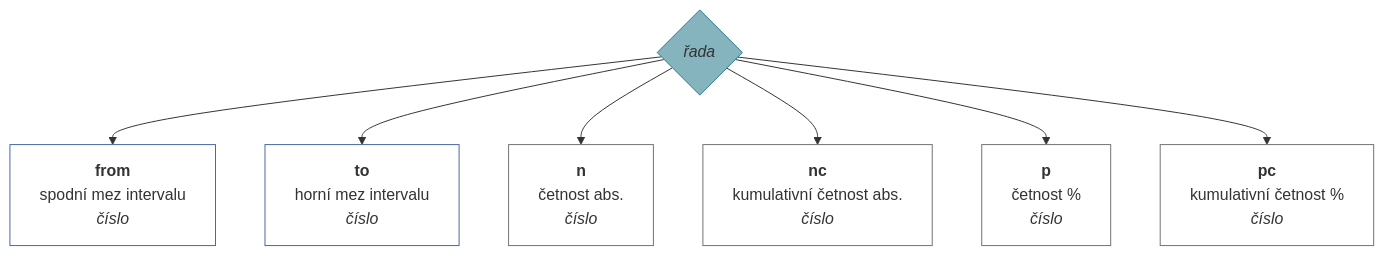
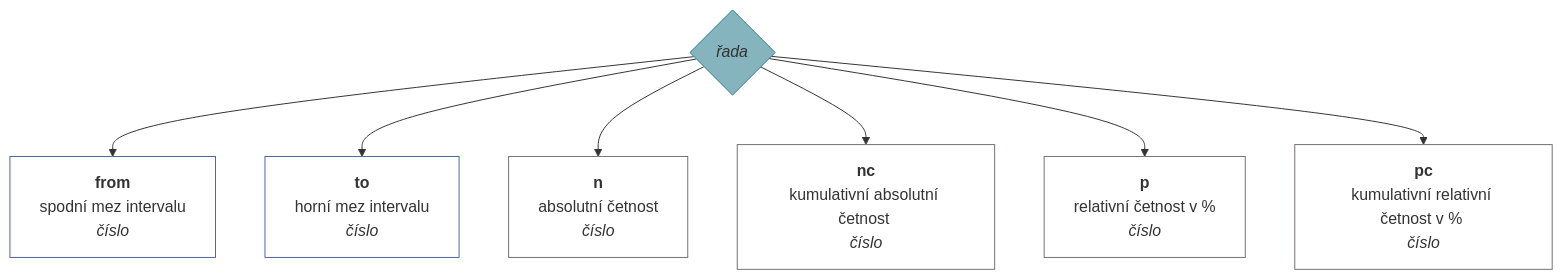
Diagram 15 of 24 in docs/cs-CZ/vector.md (muzikp/retusa), drawn with Mermaid before and after one commit. The commit also changed other lines of this file and 11 other files, not shown here.

````diff
--- a/docs/cs-CZ/vector.md
+++ b/docs/cs-CZ/vector.md
@@ -455,25 +455,25 @@
 ```mermaid
 graph TD
 histogram{<i>řada</i>}
 style histogram fill:#85B3BE;
 style histogram stroke:#2E7C8F;
 histogram --> from[<b>from</b><br>spodní mez intervalu <br><i>číslo</i>]
 style from fill:#FFFFFF;
 style from stroke:#4967A4;
 histogram --> to[<b>to</b><br>horní mez intervalu <br><i>číslo</i>]
 style to fill:#FFFFFF;
 style to stroke:#4967A4;
-histogram --> n[<b>n</b><br>četnost abs. <br><i>číslo</i>]
+histogram --> n[<b>n</b><br>absolutní četnost  <br><i>číslo</i>]
 style n fill:#FFFFFF;
 style n stroke:#75716F;
-histogram --> nc[<b>nc</b><br>kumulativní četnost abs. <br><i>číslo</i>]
+histogram --> nc[<b>nc</b><br>kumulativní absolutní četnost <br><i>číslo</i>]
 style nc fill:#FFFFFF;
 style nc stroke:#75716F;
-histogram --> p[<b>p</b><br>četnost % <br><i>číslo</i>]
+histogram --> p[<b>p</b><br>relativní četnost v % <br><i>číslo</i>]
 style p fill:#FFFFFF;
 style p stroke:#75716F;
-histogram --> pc[<b>pc</b><br>kumulativní četnost % <br><i>číslo</i>]
+histogram --> pc[<b>pc</b><br>kumulativní relativní četnost v % <br><i>číslo</i>]
 style pc fill:#FFFFFF;
 style pc stroke:#75716F;
 
 ```
````
